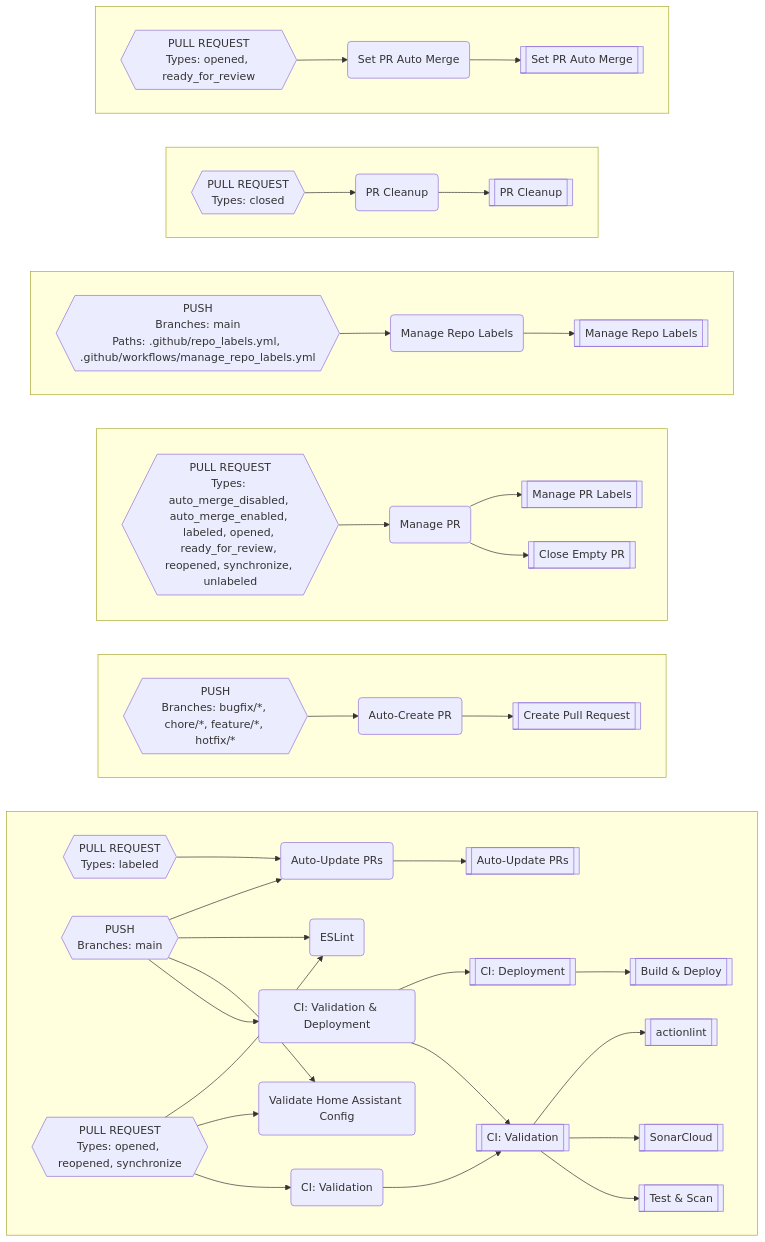
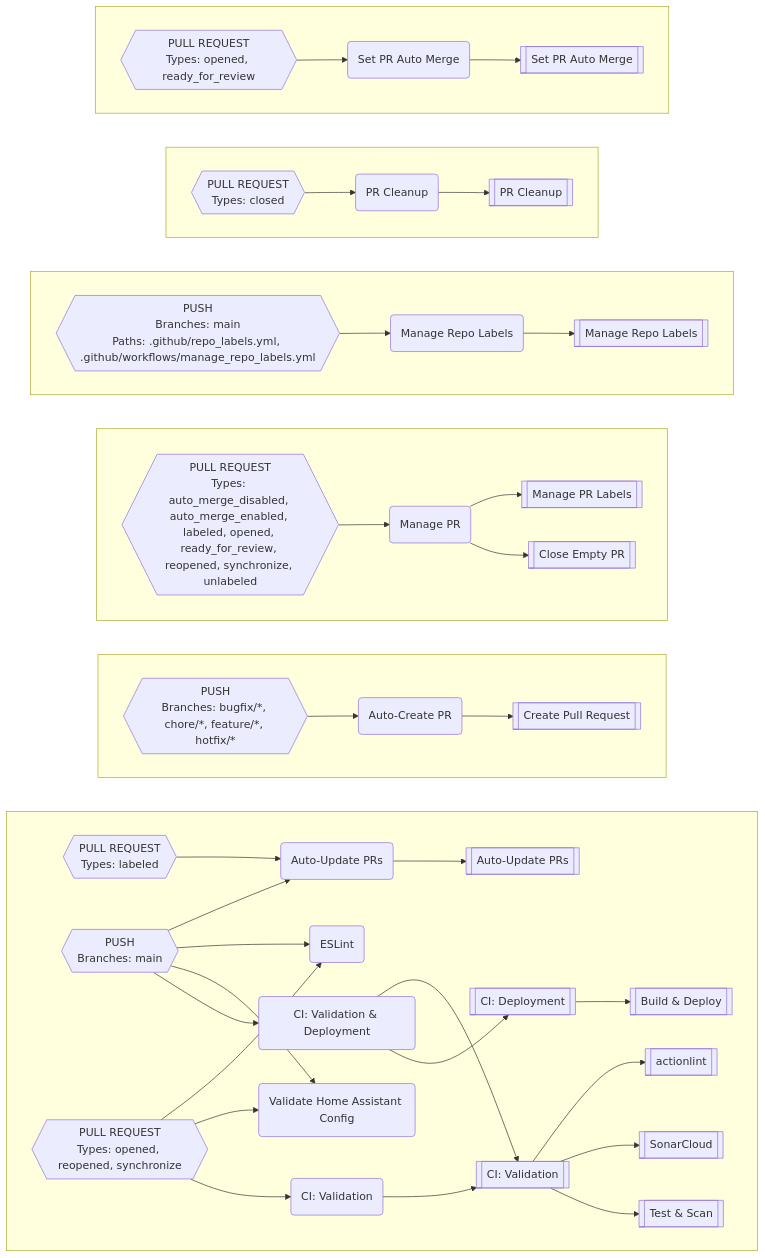
Before and after one commit to worgarside/github-config-files: the diagram in README.md, drawn with Mermaid. The commit also changed 1 other file, not shown here.

Commit message:
Remove unnecessary `set-env` step

````diff
--- a/README.md
+++ b/README.md
@@ -375,96 +375,96 @@
 ```mermaid
 flowchart LR
+subgraph CP[" "]
+direction LR
+K-->D
+CG-->Q
+CG-->K
+BN-->BM
+BM-->AK
+CI-->BM
+CI-->BX
+CI-->CB
+CI-->CG
+CN-->BX
+CN-->CB
+CN-->CL
+CL-->Q
+Q-->A
+Q-->AU
+Q-->AX
+end
 subgraph CQ[" "]
 direction LR
-K-->D
-CH-->K
-CH-->R
-BO-->BN
-BN-->AL
-CJ-->BN
-CJ-->BY
-CJ-->CC
-CJ-->CH
-CO-->BY
-CO-->CC
-CO-->CM
-CM-->R
-R-->A
-R-->AV
-R-->AY
+BB-->BA
+BA-->Z
 end
 subgraph CR[" "]
 direction LR
-BC-->BB
-BB-->AA
+BE-->BD
+BD-->AD
+BD-->V
 end
 subgraph CS[" "]
 direction LR
-BF-->BE
-BE-->AE
-BE-->W
+BJ-->BI
+BI-->AH
 end
 subgraph CT[" "]
 direction LR
-BK-->BJ
-BJ-->AI
+BR-->BQ
+BQ-->AN
 end
 subgraph CU[" "]
 direction LR
-BS-->BR
-BR-->AO
-end
-subgraph CV[" "]
-direction LR
-BV-->BU
-BU-->AS
+BU-->BT
+BT-->AR
 end
 A[["actionlint"]]
-AA[["Create Pull Request"]]
-AE[["Manage PR Labels"]]
-AI[["Manage Repo Labels"]]
-AL[["Auto-Update PRs"]]
-AO[["PR Cleanup"]]
-AS[["Set PR Auto Merge"]]
-AV[["SonarCloud"]]
-AY[["Test & Scan"]]
-BB("Auto-Create PR")
-BC{{"PUSH
+AD[["Manage PR Labels"]]
+AH[["Manage Repo Labels"]]
+AK[["Auto-Update PRs"]]
+AN[["PR Cleanup"]]
+AR[["Set PR Auto Merge"]]
+AU[["SonarCloud"]]
+AX[["Test & Scan"]]
+BA("Auto-Create PR")
+BB{{"PUSH
 Branches: bugfix/*, chore/*, feature/*, hotfix/*
 "}}
-BE("Manage PR")
-BF{{"PULL REQUEST
+BD("Manage PR")
+BE{{"PULL REQUEST
 Types: auto_merge_disabled, auto_merge_enabled, labeled, opened, ready_for_review, reopened, synchronize, unlabeled
 "}}
-BJ("Manage Repo Labels")
-BK{{"PUSH
+BI("Manage Repo Labels")
+BJ{{"PUSH
 Branches: main
 Paths: .github/repo_labels.yml, .github/workflows/manage_repo_labels.yml
 "}}
-BN("Auto-Update PRs")
-BO{{"PULL REQUEST
+BM("Auto-Update PRs")
+BN{{"PULL REQUEST
 Types: labeled
 "}}
-BR("PR Cleanup")
-BS{{"PULL REQUEST
+BQ("PR Cleanup")
+BR{{"PULL REQUEST
 Types: closed
 "}}
-BU("Set PR Auto Merge")
-BV{{"PULL REQUEST
+BT("Set PR Auto Merge")
+BU{{"PULL REQUEST
 Types: opened, ready_for_review
 "}}
-BY("ESLint")
-CC("Validate Home Assistant Config")
-CH("CI: Validation & Deployment")
-CJ{{"PUSH
+BX("ESLint")
+CB("Validate Home Assistant Config")
+CG("CI: Validation & Deployment")
+CI{{"PUSH
 Branches: main
 "}}
-CM("CI: Validation")
-CO{{"PULL REQUEST
+CL("CI: Validation")
+CN{{"PULL REQUEST
 Types: opened, reopened, synchronize
 "}}
 D[["Build & Deploy"]]
 K[["CI: Deployment"]]
-R[["CI: Validation"]]
-W[["Close Empty PR"]]
+Q[["CI: Validation"]]
+V[["Close Empty PR"]]
+Z[["Create Pull Request"]]
 ```
````
